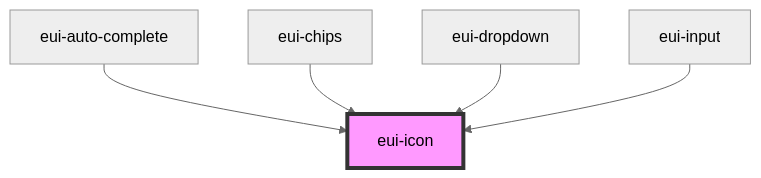
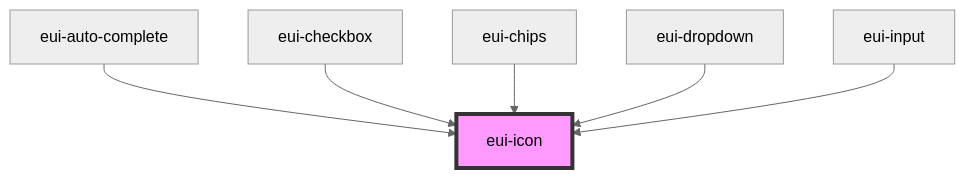
Before and after one commit to pnd-amirhosein/U_and_I: the diagram in ensemble-ui/src/components/icon/readme.md, drawn with Mermaid (neutral theme). The commit also changed other lines of this file and 14 other files, not shown here.

````diff
--- a/ensemble-ui/src/components/icon/readme.md
+++ b/ensemble-ui/src/components/icon/readme.md
@@ -26,8 +27,9 @@
 ```mermaid
 graph TD;
   eui-auto-complete --> eui-icon
+  eui-checkbox --> eui-icon
   eui-chips --> eui-icon
   eui-dropdown --> eui-icon
   eui-input --> eui-icon
   style eui-icon fill:#f9f,stroke:#333,stroke-width:4px
 ```
````
